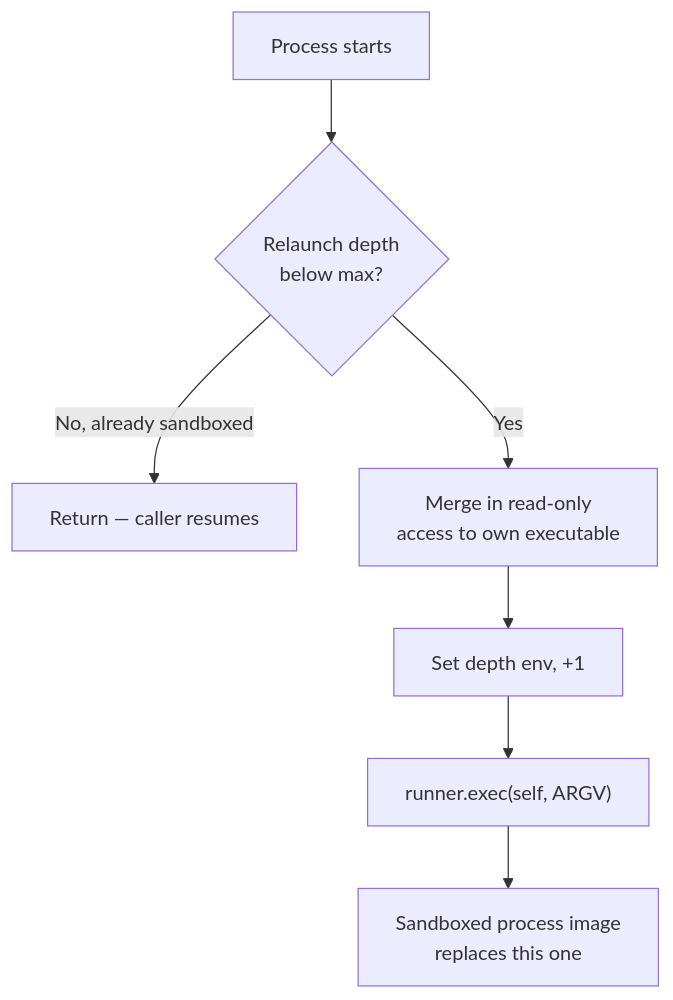
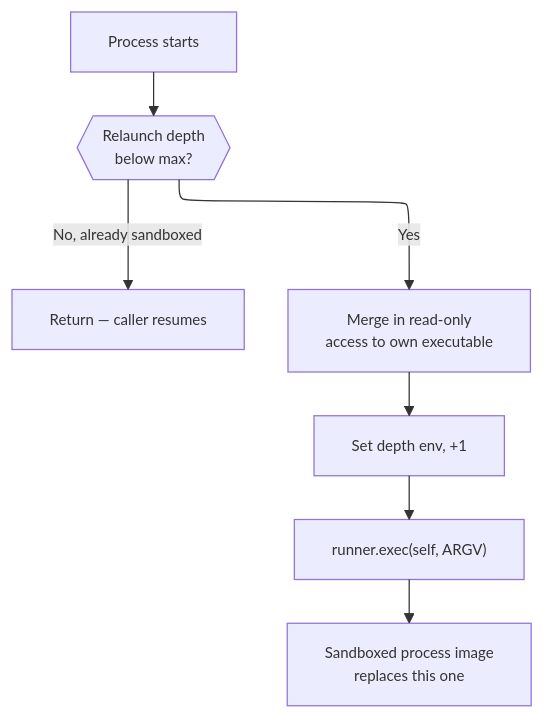
The third of 4 diagrams in DEVELOPMENT.md (ModelArmy/cordon.cr), drawn with Mermaid before and after one commit. The commit also changed other lines of this file and 15 other files, not shown here.

````diff
--- a/DEVELOPMENT.md
+++ b/DEVELOPMENT.md
@@ -142,9 +177,16 @@
 ```mermaid
+---
+displayMode: compact
+config:
+  layout: elk
+  themeVariables:
+    fontSize: 12px
+---
 flowchart TD
-    A[Process starts] --> B{Relaunch depth\nbelow max?}
+    A[Process starts] --> B{{Relaunch depth\nbelow max?}}
     B -->|No, already sandboxed| C[Return — caller resumes]
     B -->|Yes| D[Merge in read-only\naccess to own executable]
     D --> E[Set depth env, +1]
     E --> F["runner.exec(self, ARGV)"]
     F --> G[Sandboxed process image\nreplaces this one]
 ```
````
